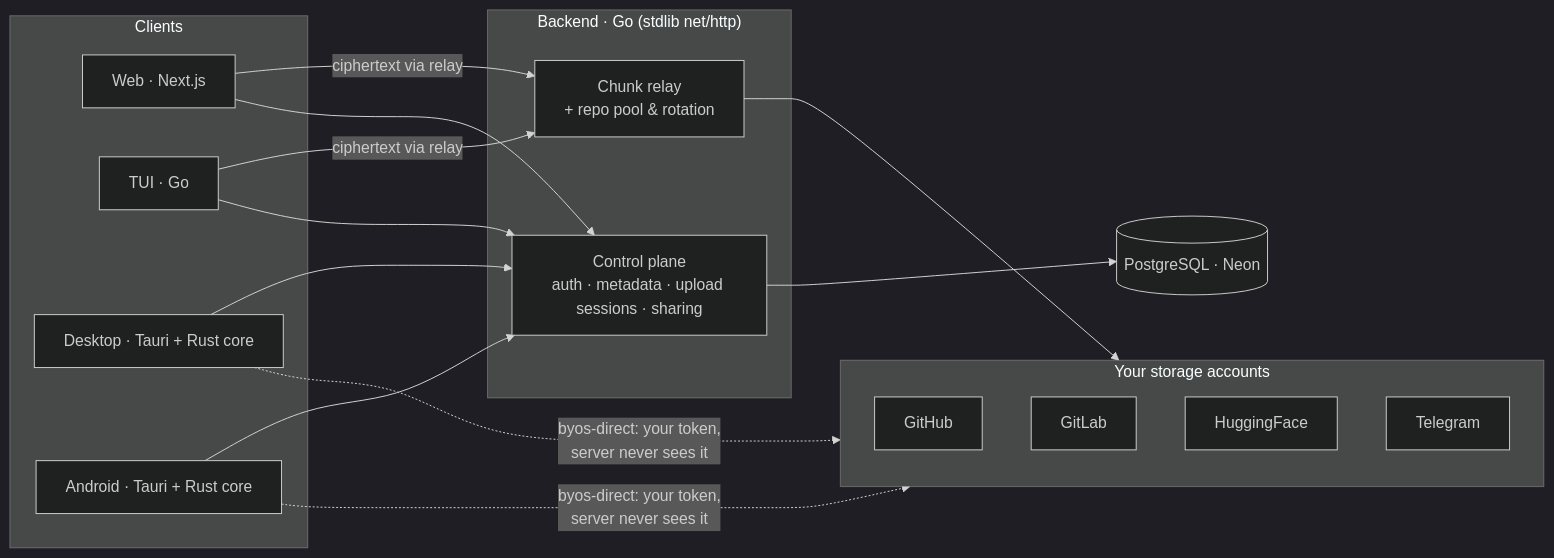
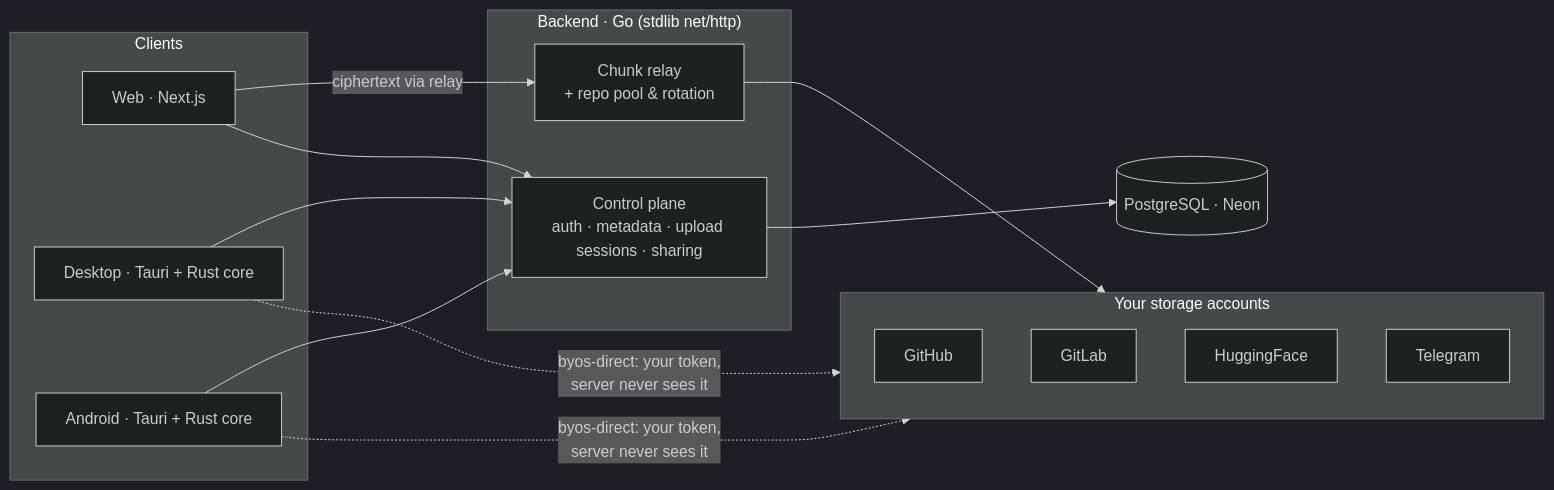
One commit to Wosmos/zcrypt changed the third of 3 diagrams in README.md. Above: the diagram before and after it, drawn with Mermaid (dark theme). The commit also changed other lines of this file and 123 other files, not shown here.

````diff
--- a/README.md
+++ b/README.md
@@ -84,29 +84,28 @@
 ```mermaid
 flowchart LR
     subgraph clients["Clients"]
         W["Web · Next.js"]
-        T["TUI · Go"]
         D["Desktop · Tauri + Rust core"]
         A["Android · Tauri + Rust core"]
     end
 
     subgraph backend["Backend · Go (stdlib net/http)"]
         CP["Control plane<br/>auth · metadata · upload sessions · sharing"]
         RL["Chunk relay<br/>+ repo pool & rotation"]
     end
 
     DB[("PostgreSQL · Neon")]
 
     subgraph storage["Your storage accounts"]
         GH["GitHub"]
         GL["GitLab"]
         HF["HuggingFace"]
         TG["Telegram"]
     end
 
-    W & T -->|"ciphertext via relay"| RL
+    W -->|"ciphertext via relay"| RL
     D & A -. "byos-direct: your token,<br/>server never sees it" .-> storage
-    W & T & D & A --> CP
+    W & D & A --> CP
     RL --> storage
     CP --> DB
 ```
````
